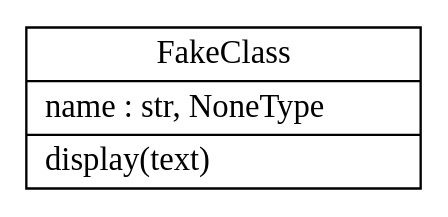
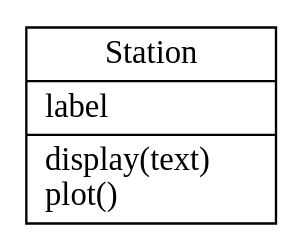
The diagram in docs/source/uml/classes_uml_core.dot (kaufmanno/BootsOff), drawn with Graphviz before and after one commit. The commit also changed 33 other files, not shown here.

```diff
--- a/docs/source/uml/classes_uml_core.dot
+++ b/docs/source/uml/classes_uml_core.dot
@@ -1,5 +1,5 @@
 digraph "classes_uml_core" {
 charset="utf-8"
 rankdir=BT
-"0" [label="{FakeClass|name : str, NoneType\l|display(text)\l}", shape="record"];
+"0" [label="{Station|label\l|display(text)\lplot()\l}", shape="record"];
 }
```
